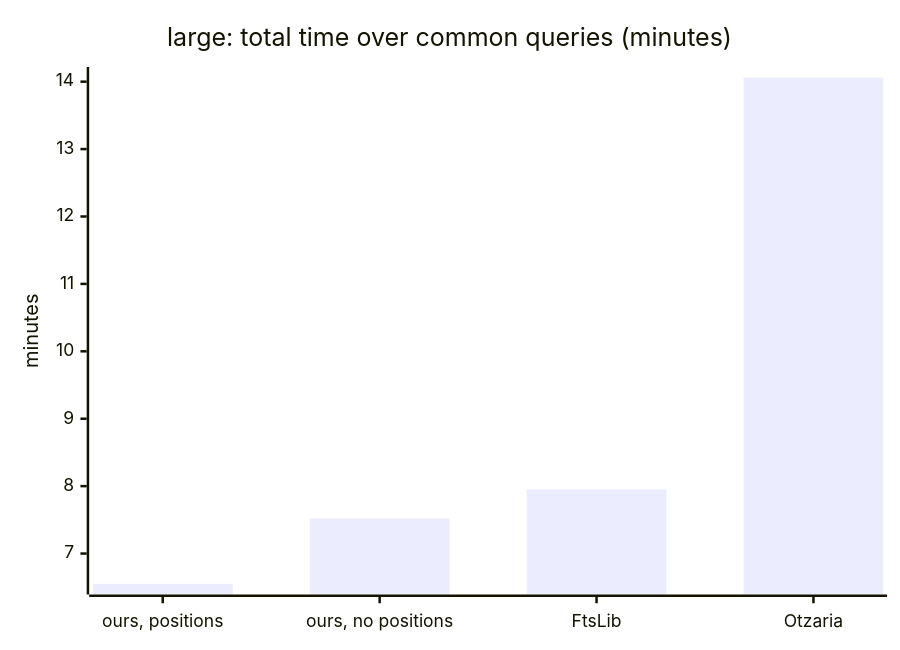
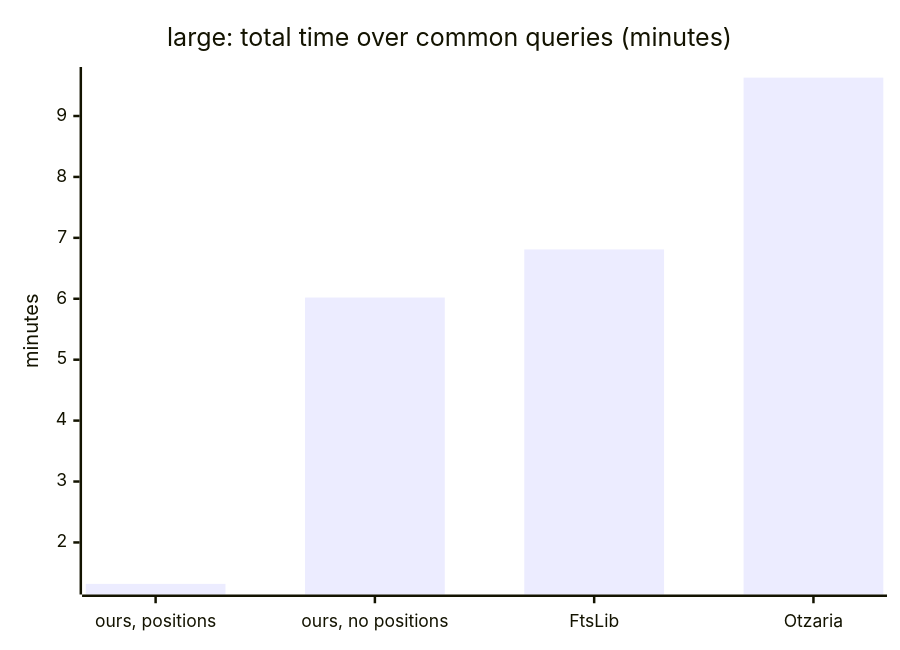
Before and after one commit to KleiKodesh/SeforimLibrarySearchEngine: the third of 11 diagrams in FTS-SPECS-AND-COMPARISONS.md, drawn with Mermaid. The commit also changed other lines of this file and 35 other files, not shown here.

````diff
--- a/FTS-SPECS-AND-COMPARISONS.md
+++ b/FTS-SPECS-AND-COMPARISONS.md
@@ -136,7 +130,7 @@
 ```mermaid
 xychart-beta
     title "large: total time over common queries (minutes)"
     x-axis ["ours, positions", "ours, no positions", "FtsLib", "Otzaria"]
     y-axis "minutes"
-    bar [6.55, 7.52, 7.95, 14.06]
+    bar [1.32, 6.02, 6.81, 9.63]
 ```
````
